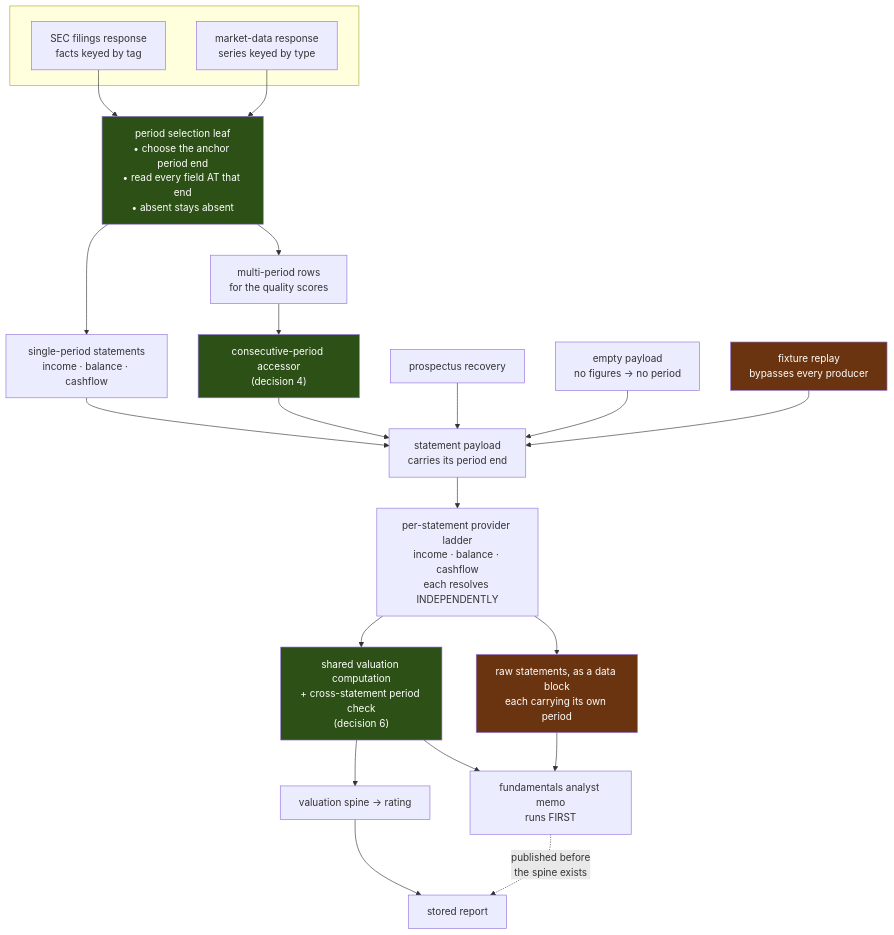
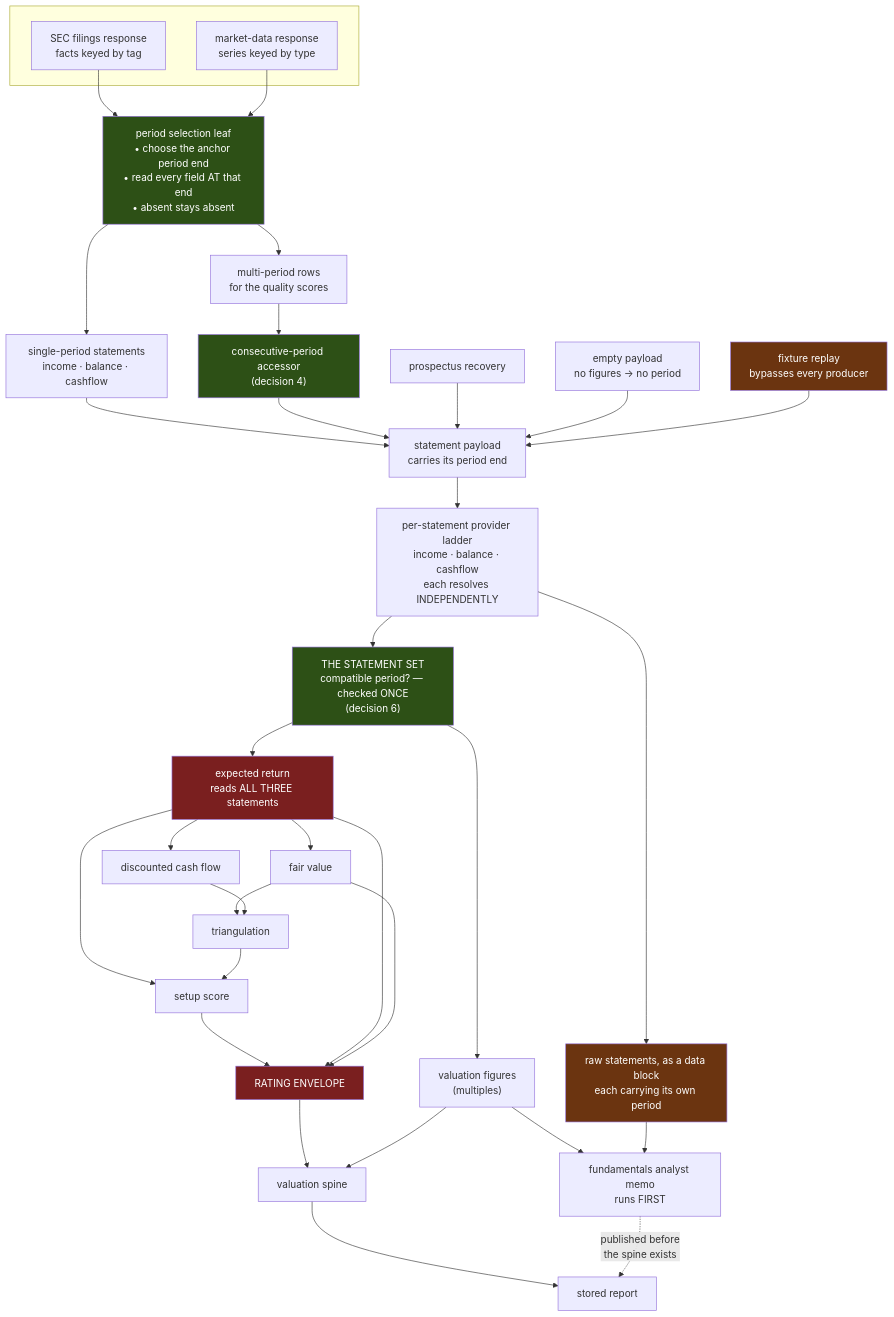
One commit to fixpoint-labs/flow-state-dev changed the diagram in spec/FIX-1113.md. Above: the diagram before and after it, drawn with Mermaid. The commit also changed other lines of this file, not shown here.

First line of the commit message:
spec(FIX-1113): fold round-3 review — seam altitude, goal-check cost, advisory residual

````diff
--- a/spec/FIX-1113.md
+++ b/spec/FIX-1113.md
@@ -350,40 +395,56 @@
 ```mermaid
 flowchart TB
   subgraph src[" "]
     E[SEC filings response<br/>facts keyed by tag]
     Y[market-data response<br/>series keyed by type]
   end
 
   E --> A
   Y --> A
 
   A["period selection leaf<br/>• choose the anchor period end<br/>• read every field AT that end<br/>• absent stays absent"]
 
   A --> S1[single-period statements<br/>income · balance · cashflow]
   A --> S2[multi-period rows<br/>for the quality scores]
 
   S2 --> ADJ["consecutive-period accessor<br/>(decision 4)"]
   S1 --> P[statement payload<br/>carries its period end]
   ADJ --> P
 
   R[prospectus recovery] --> P
   Z[empty payload<br/>no figures → no period] --> P
   F[fixture replay<br/>bypasses every producer] --> P
 
   P --> L["per-statement provider ladder<br/>income · balance · cashflow<br/>each resolves INDEPENDENTLY"]
 
-  L --> X["shared valuation computation<br/>+ cross-statement period check<br/>(decision 6)"]
+  L --> X["THE STATEMENT SET<br/>compatible period? — checked ONCE<br/>(decision 6)"]
   L --> D["raw statements, as a data block<br/>each carrying its own period"]
 
-  X --> AN[fundamentals analyst memo<br/>runs FIRST]
+  X --> V["valuation figures<br/>(multiples)"]
+  X --> ER["expected return<br/>reads ALL THREE statements"]
+  ER --> FV[fair value]
+  ER --> DCF[discounted cash flow]
+  FV --> TRI[triangulation]
+  DCF --> TRI
+  ER --> SS[setup score]
+  TRI --> SS
+  SS --> ENV["RATING ENVELOPE"]
+  ER --> ENV
+  FV --> ENV
+
+  V --> AN[fundamentals analyst memo<br/>runs FIRST]
   D --> AN
-  X --> SP[valuation spine → rating]
+  ENV --> SP[valuation spine]
+  V --> SP
   SP --> C3[stored report]
   AN -.->|published before<br/>the spine exists| C3
+
+  style ER fill:#7a1f1f,color:#fff
+  style ENV fill:#7a1f1f,color:#fff
 
   style A fill:#2d5016,color:#fff
   style ADJ fill:#2d5016,color:#fff
   style X fill:#2d5016,color:#fff
   style F fill:#6b3410,color:#fff
   style D fill:#6b3410,color:#fff
 ```
````
